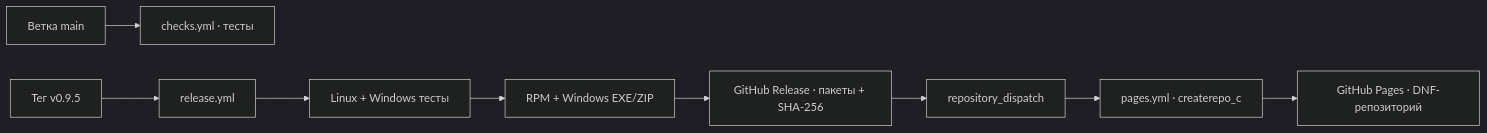
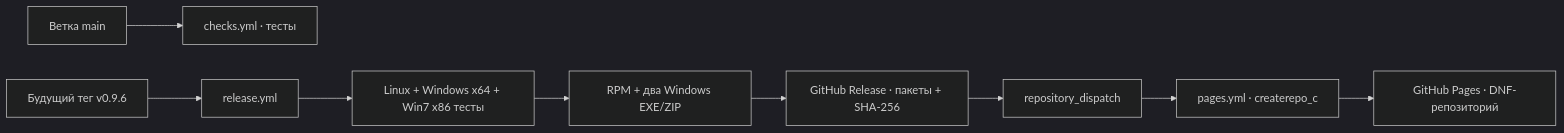
The second of 3 diagrams in PROGRAM_MAP.md (Kostya5232/naps3-redos), drawn with Mermaid (dark theme) before and after one commit. The commit also changed 5 other files, not shown here.

````diff
--- a/PROGRAM_MAP.md
+++ b/PROGRAM_MAP.md
@@ -97,11 +97,11 @@
 ```mermaid
 flowchart LR
     MainBranch["Ветка main"] --> Checks["checks.yml · тесты"]
-    Tag["Тег v0.9.5"] --> Release["release.yml"]
-    Release --> Tests["Linux + Windows тесты"]
-    Tests --> Build["RPM + Windows EXE/ZIP"]
+    Tag["Будущий тег v0.9.6"] --> Release["release.yml"]
+    Release --> Tests["Linux + Windows x64 + Win7 x86 тесты"]
+    Tests --> Build["RPM + два Windows EXE/ZIP"]
     Build --> Assets["GitHub Release · пакеты + SHA-256"]
     Assets --> Dispatch["repository_dispatch"]
     Dispatch --> Pages["pages.yml · createrepo_c"]
     Pages --> DNF["GitHub Pages · DNF-репозиторий"]
 ```
````
